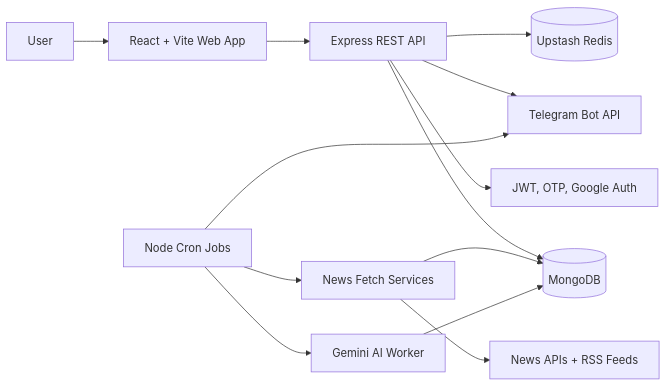
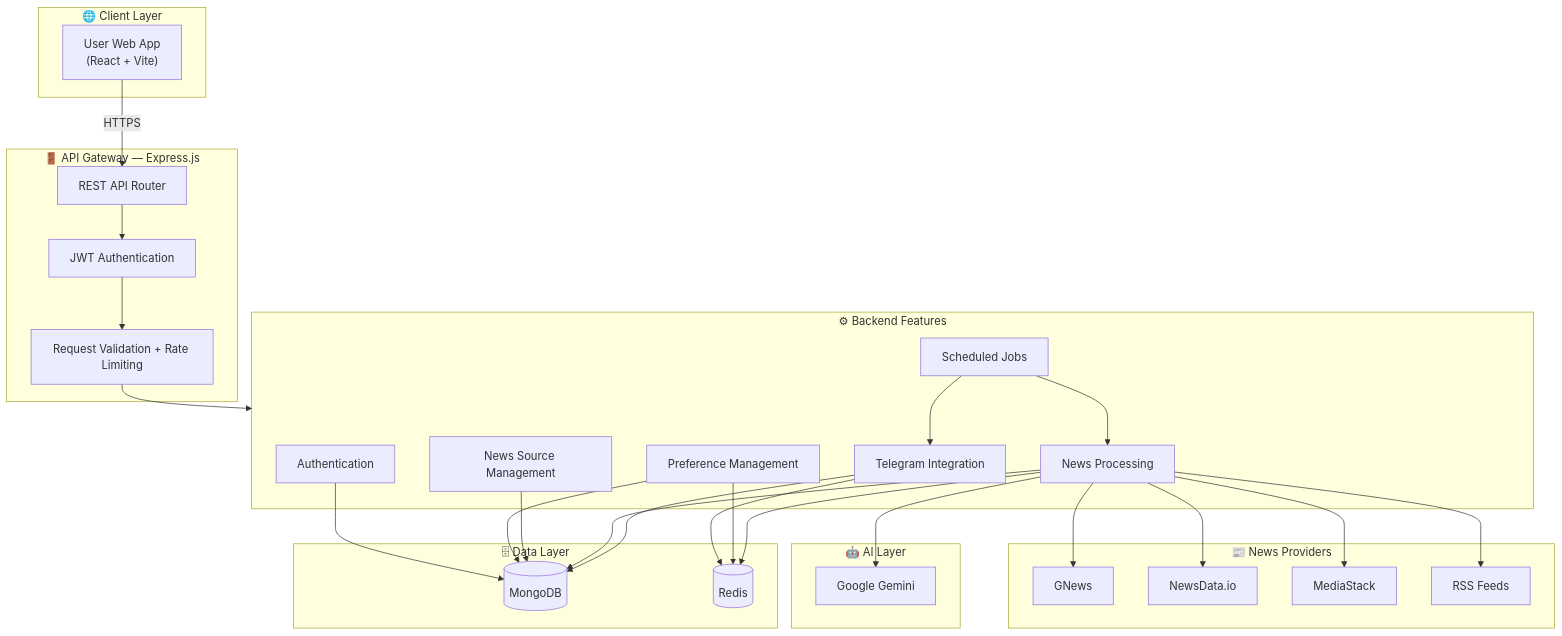
The first of 4 diagrams in README.md (MohammadMustafa23/NewsMint), drawn with Mermaid before and after one commit. The commit also changed other lines of this file, not shown here.

````diff
--- a/README.md
+++ b/README.md
@@ -34,15 +114,61 @@
 ```mermaid
-flowchart LR
-	User[User] --> Web[React + Vite Web App]
-	Web --> API[Express REST API]
-	API --> Auth[JWT, OTP, Google Auth]
-	API --> Mongo[(MongoDB)]
-	API --> Redis[(Upstash Redis)]
-	API --> Telegram[Telegram Bot API]
-	Scheduler[Node Cron Jobs] --> Fetch[News Fetch Services]
-	Fetch --> Providers[News APIs + RSS Feeds]
-	Fetch --> Mongo
-	Scheduler --> AI[Gemini AI Worker]
-	AI --> Mongo
-	Scheduler --> Telegram
+flowchart TB
+
+    subgraph Client["🌐 Client Layer"]
+        UserUI["User Web App<br/>(React + Vite)"]
+    end
+
+    subgraph Gateway["🚪 API Gateway — Express.js"]
+        Router["REST API Router"]
+        AuthMW["JWT Authentication"]
+        Validate["Request Validation + Rate Limiting"]
+    end
+
+    subgraph Backend["⚙ Backend Features"]
+        Auth["Authentication"]
+        Preference["Preference Management"]
+        Source["News Source Management"]
+        News["News Processing"]
+        Telegram["Telegram Integration"]
+        Scheduler["Scheduled Jobs"]
+    end
+
+    subgraph Providers["📰 News Providers"]
+        GNews["GNews"]
+        NewsData["NewsData.io"]
+        MediaStack["MediaStack"]
+        RSS["RSS Feeds"]
+    end
+
+    subgraph AI["🤖 AI Layer"]
+        Gemini["Google Gemini"]
+    end
+
+    subgraph Storage["🗄 Data Layer"]
+        Mongo[("MongoDB")]
+        Redis[("Redis")]
+    end
+
+    UserUI -->|HTTPS| Router
+    Router --> AuthMW --> Validate --> Backend
+
+    Auth --> Mongo
+    Preference --> Mongo
+    Source --> Mongo
+    News --> Mongo
+    News --> Gemini
+
+    Scheduler --> News
+    Scheduler --> Telegram
+
+    News --> GNews
+    News --> NewsData
+    News --> MediaStack
+    News --> RSS
+
+    Telegram --> Redis
+    Telegram --> Mongo
+
+    Preference --> Redis
+    News --> Redis
 ```
````
